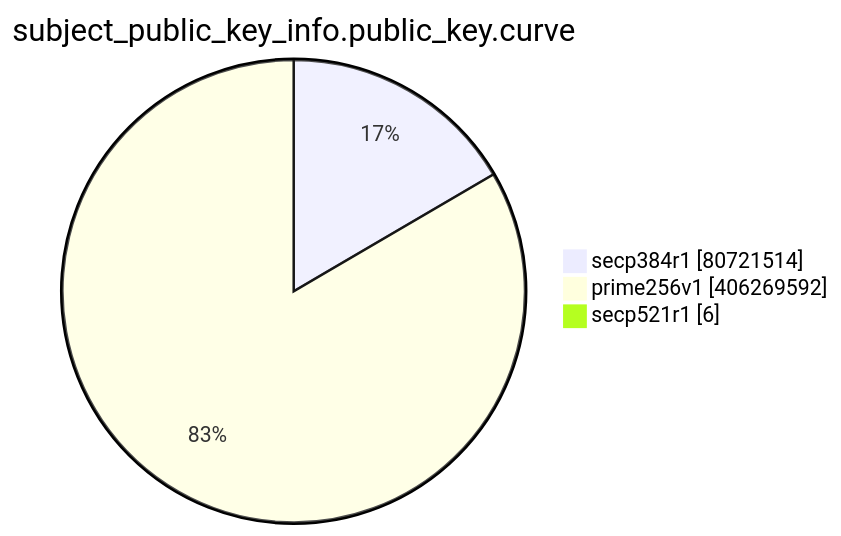
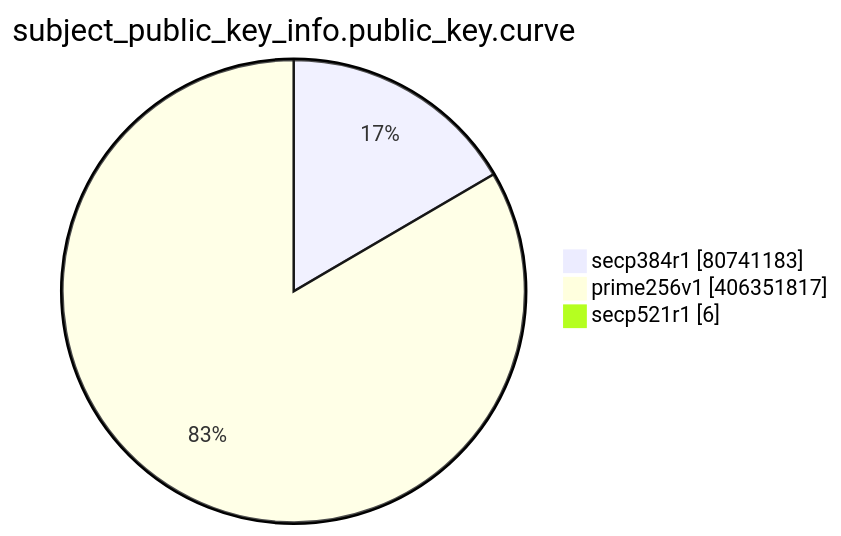
Before and after one commit to christiankrug/ctmonitor_visualization: the eighth of 15 diagrams in TOTAL/README.md, drawn with Mermaid. The commit also changed other lines of this file, not shown here.

````diff
--- a/TOTAL/README.md
+++ b/TOTAL/README.md
@@ -3095,7 +3095,7 @@
 ```mermaid
 pie showData
 title subject_public_key_info.public_key.curve
-"secp384r1" :80721514
-"prime256v1" :406269592
+"secp384r1" :80741183
+"prime256v1" :406351817
 "secp521r1" :6
 ```
````
